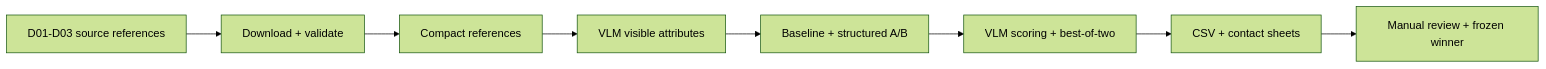
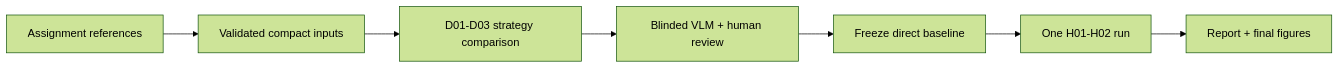
The diagram in README.md (komaksym/weon-assignment), drawn with Mermaid (forest theme) before and after one commit. The commit also changed other lines of this file and 8 other files, not shown here.

````diff
--- a/README.md
+++ b/README.md
@@ -9,10 +20,9 @@
 ```mermaid
 flowchart LR
-    A[D01-D03 source references] --> B[Download + validate]
-    B --> C[Compact references]
-    C --> D[VLM visible attributes]
-    D --> E[Baseline + structured A/B]
-    E --> F[VLM scoring + best-of-two]
-    F --> G[CSV + contact sheets]
-    G --> H[Manual review + frozen winner]
+    A[Assignment references] --> B[Validated compact inputs]
+    B --> C[D01-D03 strategy comparison]
+    C --> D[Blinded VLM + human review]
+    D --> E[Freeze direct baseline]
+    E --> F[One H01-H02 run]
+    F --> G[Report + final figures]
 ```
````
